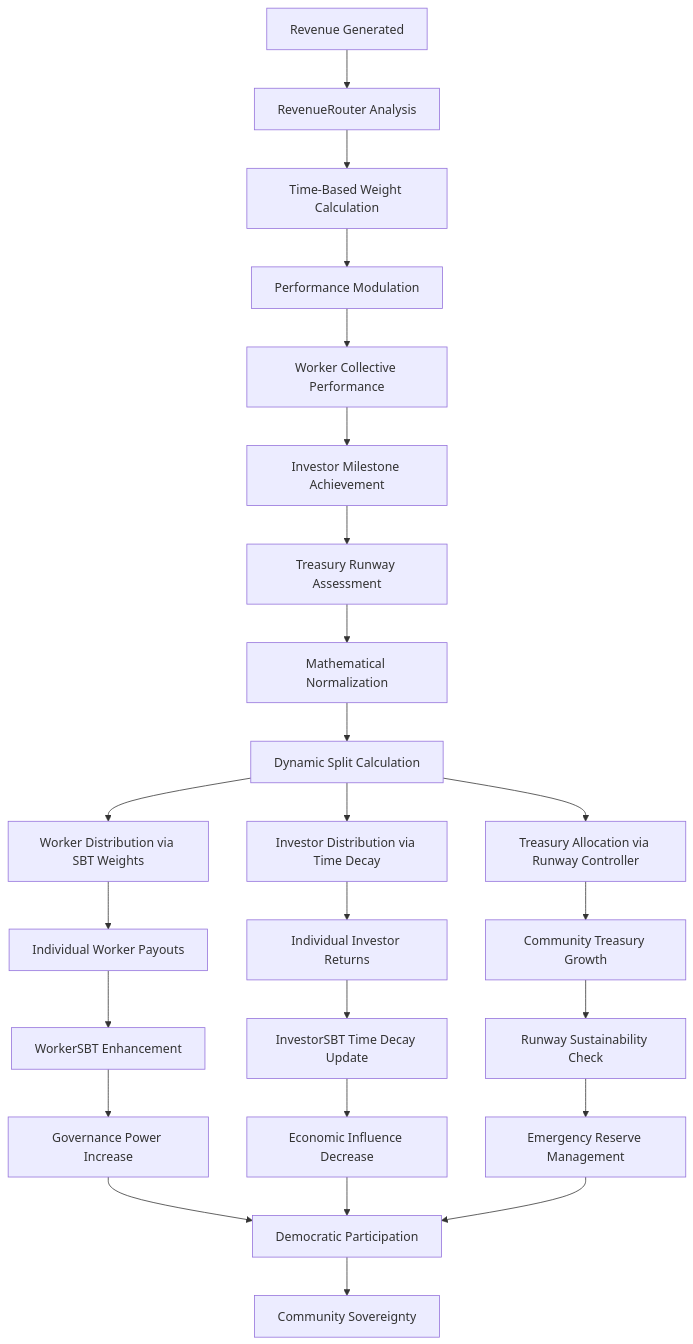
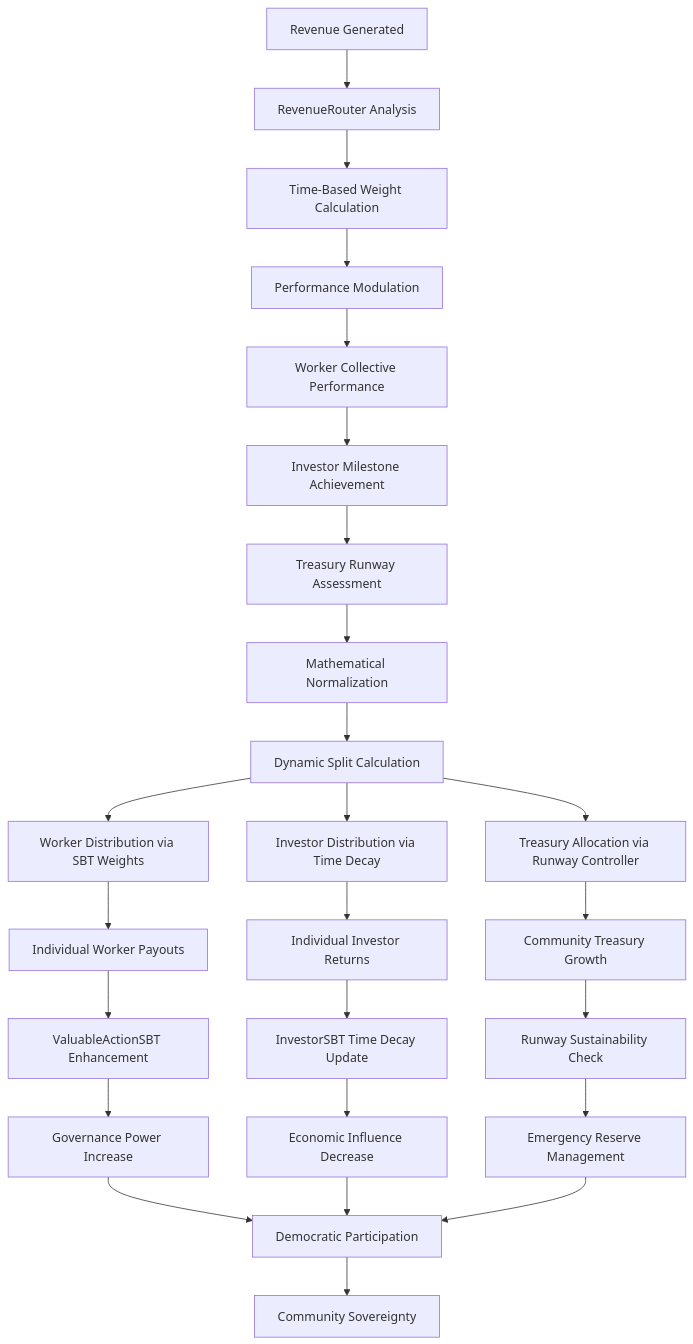
The third of 5 diagrams in docs/EN/Architecture.md (Nevtep/shift-desoc), drawn with Mermaid before and after one commit. The commit also changed other lines of this file and 165 other files, not shown here.

````diff
--- a/docs/EN/Architecture.md
+++ b/docs/EN/Architecture.md
@@ -723,33 +1025,33 @@
 ```mermaid
 graph TD
     A[Revenue Generated] --> B[RevenueRouter Analysis]
     B --> C[Time-Based Weight Calculation]
     C --> D[Performance Modulation]
-    
+
     D --> E[Worker Collective Performance]
-    E --> F[Investor Milestone Achievement]  
+    E --> F[Investor Milestone Achievement]
     F --> G[Treasury Runway Assessment]
     G --> H[Mathematical Normalization]
-    
+
     H --> I[Dynamic Split Calculation]
     I --> J[Worker Distribution via SBT Weights]
     I --> K[Investor Distribution via Time Decay]
     I --> L[Treasury Allocation via Runway Controller]
-    
+
     J --> M[Individual Worker Payouts]
     K --> N[Individual Investor Returns]
     L --> O[Community Treasury Growth]
-    
-    M --> P[WorkerSBT Enhancement]
+
+    M --> P[ValuableActionSBT Enhancement]
     N --> Q[InvestorSBT Time Decay Update]
     O --> R[Runway Sustainability Check]
-    
+
     P --> S[Governance Power Increase]
     Q --> T[Economic Influence Decrease]
     R --> U[Emergency Reserve Management]
-    
+
     S --> V[Democratic Participation]
     T --> V
     U --> V
     V --> W[Community Sovereignty]
 ```
````
